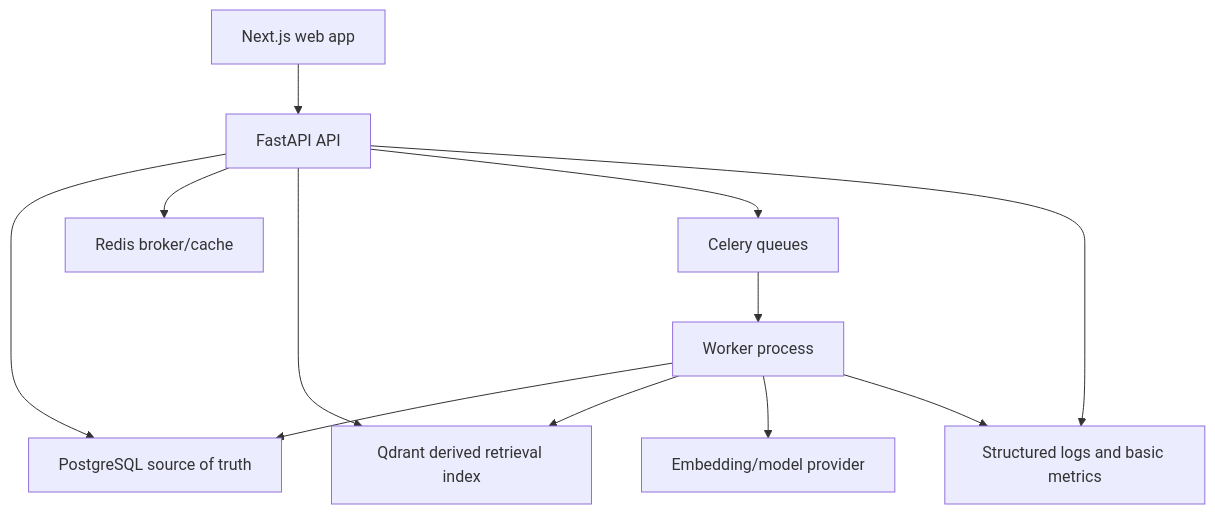
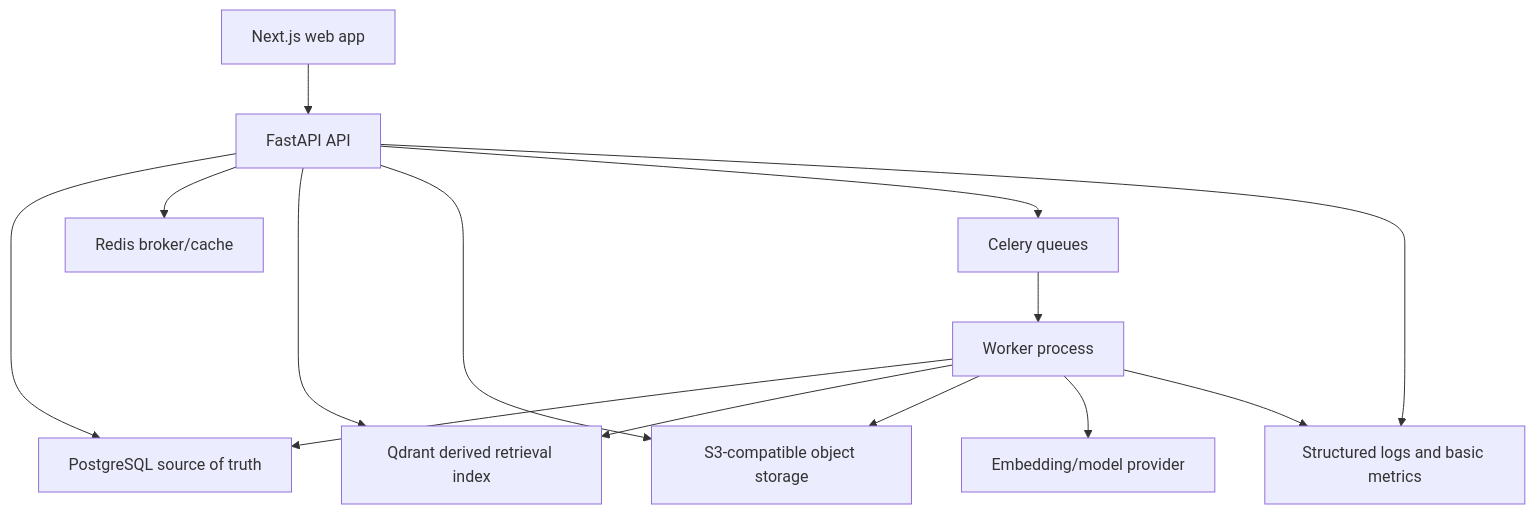
The diagram in docs/architecture/overview.md (msaleh1888/commerce-ai-platform), drawn with Mermaid before and after one commit. The commit also changed other lines of this file and 9 other files, not shown here.

Commit message:
Document M3 artifact storage architecture

````diff
--- a/docs/architecture/overview.md
+++ b/docs/architecture/overview.md
@@ -19,14 +19,16 @@
 ```mermaid
 flowchart TD
     UI["Next.js web app"] --> API["FastAPI API"]
     API --> PG["PostgreSQL source of truth"]
     API --> Redis["Redis broker/cache"]
     API --> Q["Qdrant derived retrieval index"]
+    API --> Obj["S3-compatible object storage"]
     API --> Celery["Celery queues"]
     Celery --> Worker["Worker process"]
     Worker --> PG
     Worker --> Q
+    Worker --> Obj
     Worker --> Models["Embedding/model provider"]
     API --> Logs["Structured logs and basic metrics"]
     Worker --> Logs
 ```
````
